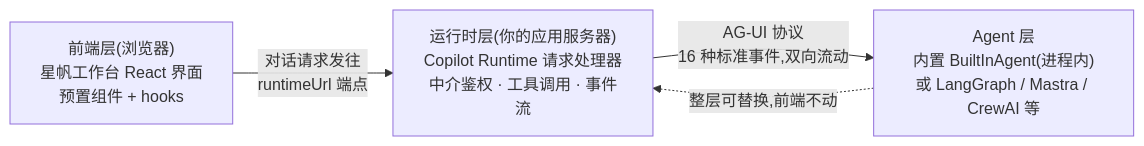
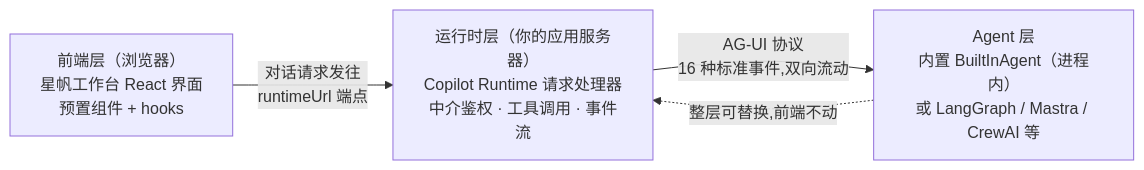
Before and after one commit to ybak/ai-tutorial: the second of 7 diagrams in books/copilotkit/chapters/01-overview.md, drawn with Mermaid. The commit also changed other lines of this file and 7 other files, not shown here.

First line of the commit message:
docs(copilotkit): 图文密度优化——全书增补 35 张文内 mermaid 图

````diff
--- a/books/copilotkit/chapters/01-overview.md
+++ b/books/copilotkit/chapters/01-overview.md
@@ -101,6 +101,6 @@
 ```mermaid
 flowchart LR
-    UI["前端层(浏览器)<br/>星帆工作台 React 界面<br/>预置组件 + hooks"] -->|"对话请求发往<br/>runtimeUrl 端点"| RT["运行时层(你的应用服务器)<br/>Copilot Runtime 请求处理器<br/>中介鉴权 · 工具调用 · 事件流"]
-    RT -->|"AG-UI 协议<br/>16 种标准事件,双向流动"| AG["Agent 层<br/>内置 BuiltInAgent(进程内)<br/>或 LangGraph / Mastra / CrewAI 等"]
+    UI["前端层（浏览器）<br/>星帆工作台 React 界面<br/>预置组件 + hooks"] -->|"对话请求发往<br/>runtimeUrl 端点"| RT["运行时层（你的应用服务器）<br/>Copilot Runtime 请求处理器<br/>中介鉴权 · 工具调用 · 事件流"]
+    RT -->|"AG-UI 协议<br/>16 种标准事件,双向流动"| AG["Agent 层<br/>内置 BuiltInAgent（进程内）<br/>或 LangGraph / Mastra / CrewAI 等"]
     AG -.->|"整层可替换,前端不动"| RT
 ```
````
